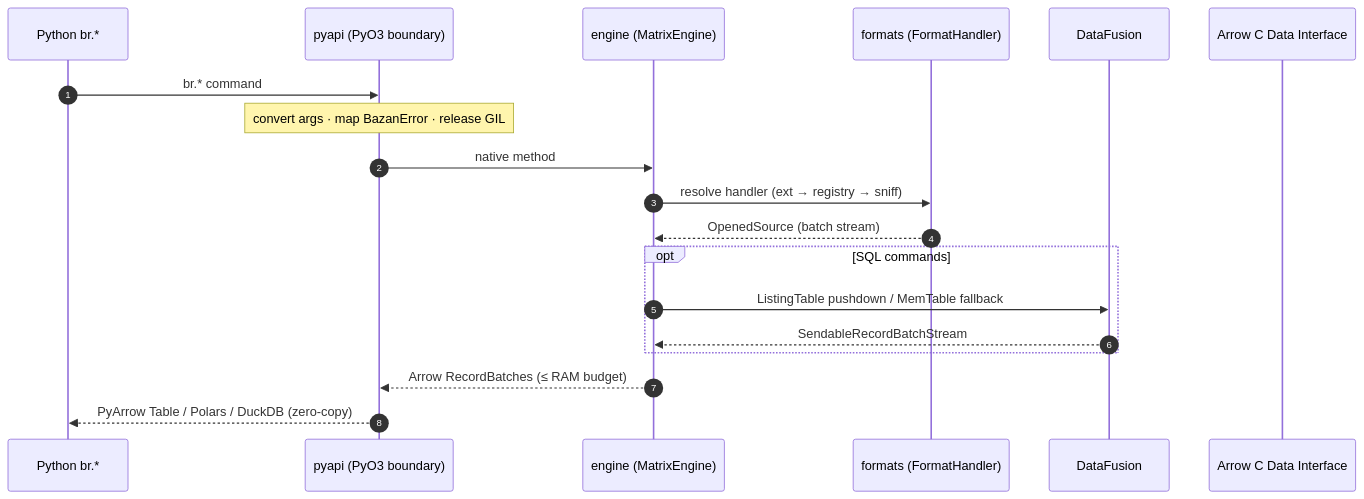
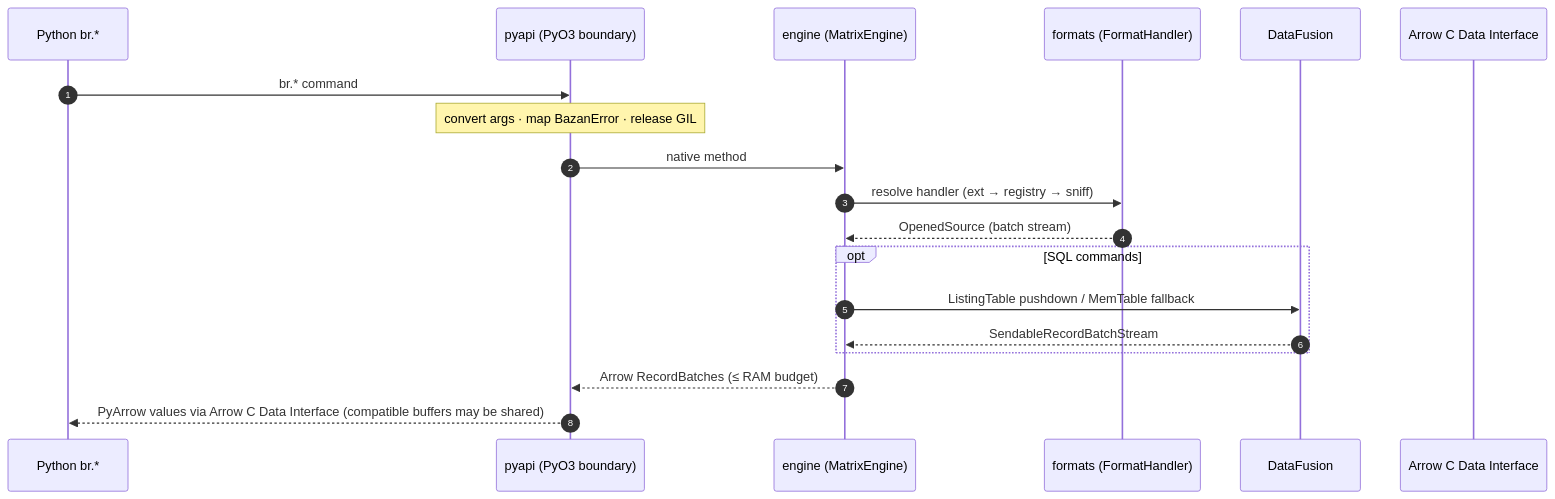
The first of 2 diagrams in docs/ARCHITECTURE.md (VanDung-dev/basaltic-red), drawn with Mermaid before and after one commit. The commit also changed other lines of this file and 33 other files, not shown here.

First line of the commit message:
docs(architecture): refine descriptions of DataFusion readers and Lake Map options

````diff
--- a/docs/ARCHITECTURE.md
+++ b/docs/ARCHITECTURE.md
@@ -7,22 +7,22 @@
 ```mermaid
 sequenceDiagram
     autonumber
     participant PY as Python br.*
     participant API as pyapi (PyO3 boundary)
     participant ENG as engine (MatrixEngine)
     participant FMT as formats (FormatHandler)
     participant DF as DataFusion
     participant OUT as Arrow C Data Interface
 
     PY->>API: br.* command
     note over API: convert args · map BazanError · release GIL
     API->>ENG: native method
     ENG->>FMT: resolve handler (ext → registry → sniff)
     FMT-->>ENG: OpenedSource (batch stream)
     opt SQL commands
         ENG->>DF: ListingTable pushdown / MemTable fallback
         DF-->>ENG: SendableRecordBatchStream
     end
     ENG-->>API: Arrow RecordBatches (≤ RAM budget)
-    API-->>PY: PyArrow Table / Polars / DuckDB (zero-copy)
+    API-->>PY: PyArrow values via Arrow C Data Interface (compatible buffers may be shared)
 ```
````
